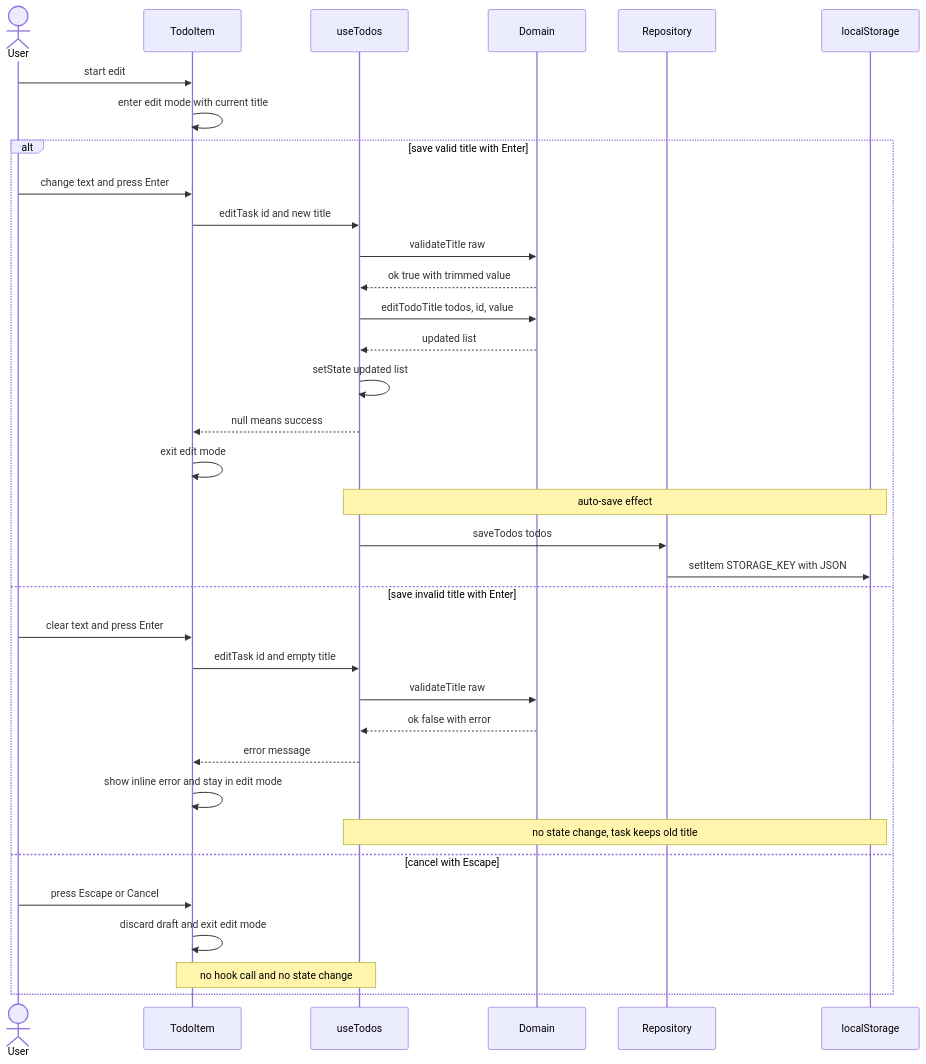
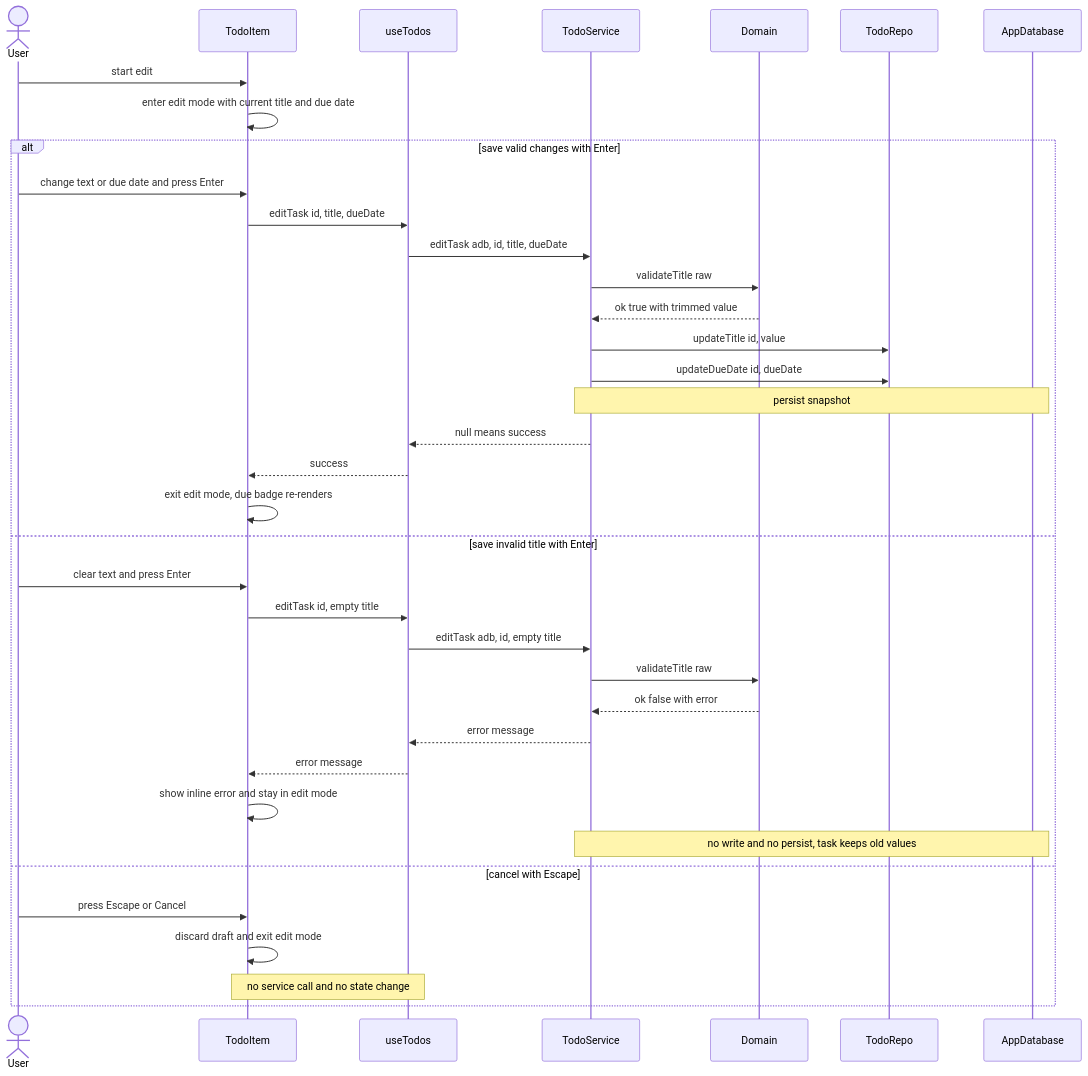
Before and after one commit to Kopi-O-Kosong-Beng/ShopBack_AI-Assisted-App: the fourth of 11 diagrams in specs/05-sequence-diagrams.md, drawn with Mermaid. The commit also changed other lines of this file and 6 other files, not shown here.

````diff
--- a/specs/05-sequence-diagrams.md
+++ b/specs/05-sequence-diagrams.md
@@ -83,38 +142,40 @@
 ```mermaid
 sequenceDiagram
     actor User
     participant Item as TodoItem
     participant Hook as useTodos
+    participant Svc as TodoService
     participant Domain
-    participant Repo as Repository
-    participant LS as localStorage
+    participant TodoRepo
+    participant DB as AppDatabase
 
     User->>Item: start edit
-    Item->>Item: enter edit mode with current title
-    alt save valid title with Enter
-        User->>Item: change text and press Enter
-        Item->>Hook: editTask id and new title
-        Hook->>Domain: validateTitle raw
-        Domain-->>Hook: ok true with trimmed value
-        Hook->>Domain: editTodoTitle todos, id, value
-        Domain-->>Hook: updated list
-        Hook->>Hook: setState updated list
-        Hook-->>Item: null means success
-        Item->>Item: exit edit mode
-        Note over Hook,LS: auto-save effect
-        Hook->>Repo: saveTodos todos
-        Repo->>LS: setItem STORAGE_KEY with JSON
+    Item->>Item: enter edit mode with current title and due date
+    alt save valid changes with Enter
+        User->>Item: change text or due date and press Enter
+        Item->>Hook: editTask id, title, dueDate
+        Hook->>Svc: editTask adb, id, title, dueDate
+        Svc->>Domain: validateTitle raw
+        Domain-->>Svc: ok true with trimmed value
+        Svc->>TodoRepo: updateTitle id, value
+        Svc->>TodoRepo: updateDueDate id, dueDate
+        Note over Svc,DB: persist snapshot
+        Svc-->>Hook: null means success
+        Hook-->>Item: success
+        Item->>Item: exit edit mode, due badge re-renders
     else save invalid title with Enter
         User->>Item: clear text and press Enter
-        Item->>Hook: editTask id and empty title
-        Hook->>Domain: validateTitle raw
-        Domain-->>Hook: ok false with error
+        Item->>Hook: editTask id, empty title
+        Hook->>Svc: editTask adb, id, empty title
+        Svc->>Domain: validateTitle raw
+        Domain-->>Svc: ok false with error
+        Svc-->>Hook: error message
         Hook-->>Item: error message
         Item->>Item: show inline error and stay in edit mode
-        Note over Hook,LS: no state change, task keeps old title
+        Note over Svc,DB: no write and no persist, task keeps old values
     else cancel with Escape
         User->>Item: press Escape or Cancel
         Item->>Item: discard draft and exit edit mode
-        Note over Item,Hook: no hook call and no state change
+        Note over Item,Hook: no service call and no state change
     end
 ```
````
